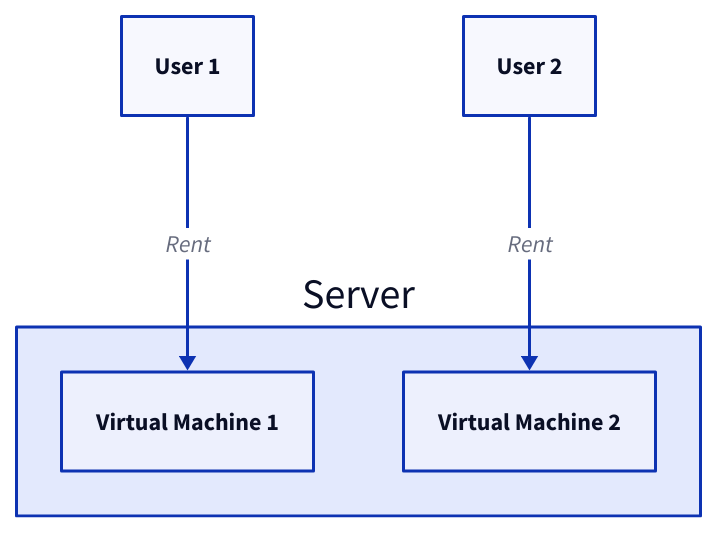
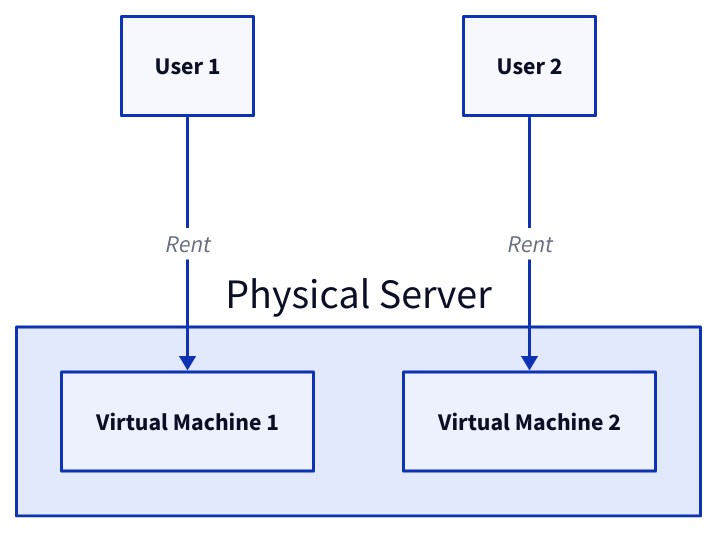
The fifth of 5 diagrams in content/docs/system-administration/system-deployment/_index.md (link1905/system-design-101), drawn with D2 before and after one commit. The commit also changed other lines of this file and 21 other files, not shown here.

````diff
--- a/content/docs/system-administration/system-deployment/_index.md
+++ b/content/docs/system-administration/system-deployment/_index.md
@@ -170,18 +186,18 @@
 ```d2
-s: Server {
+s: Physical Server {
   v1: Virtual Machine 1 {
     class: os
   }
   v2: Virtual Machine 2 {
     class: os
   }
 }
 u1: User 1 {
   class: client
 }
 u2: User 2 {
   class: client
 }
 u1 -> s.v1: Rent
 u2 -> s.v2: Rent
 ```
````
